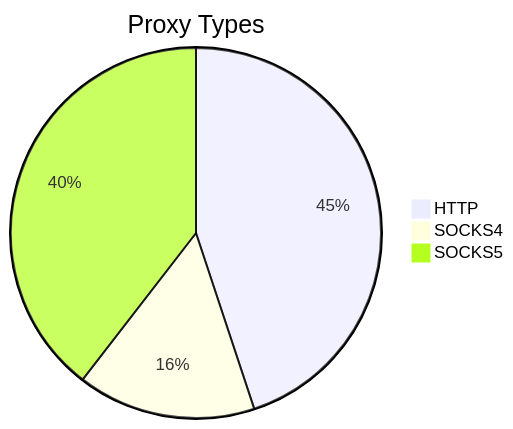
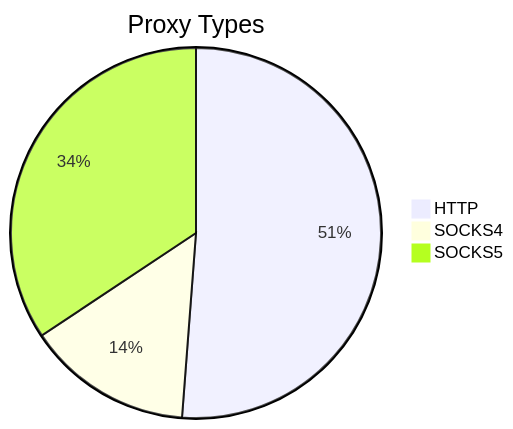
One commit to stormsia/proxy-list changed the first of 2 diagrams in README.md. Above: the diagram before and after it, drawn with Mermaid. The commit also changed other lines of this file, not shown here.

````diff
--- a/README.md
+++ b/README.md
@@ -21,6 +21,6 @@
 ```mermaid
 pie title Proxy Types
-    "HTTP" : 150
-    "SOCKS4" : 52
-    "SOCKS5" : 132
+    "HTTP" : 170
+    "SOCKS4" : 48
+    "SOCKS5" : 114
 ```
````
